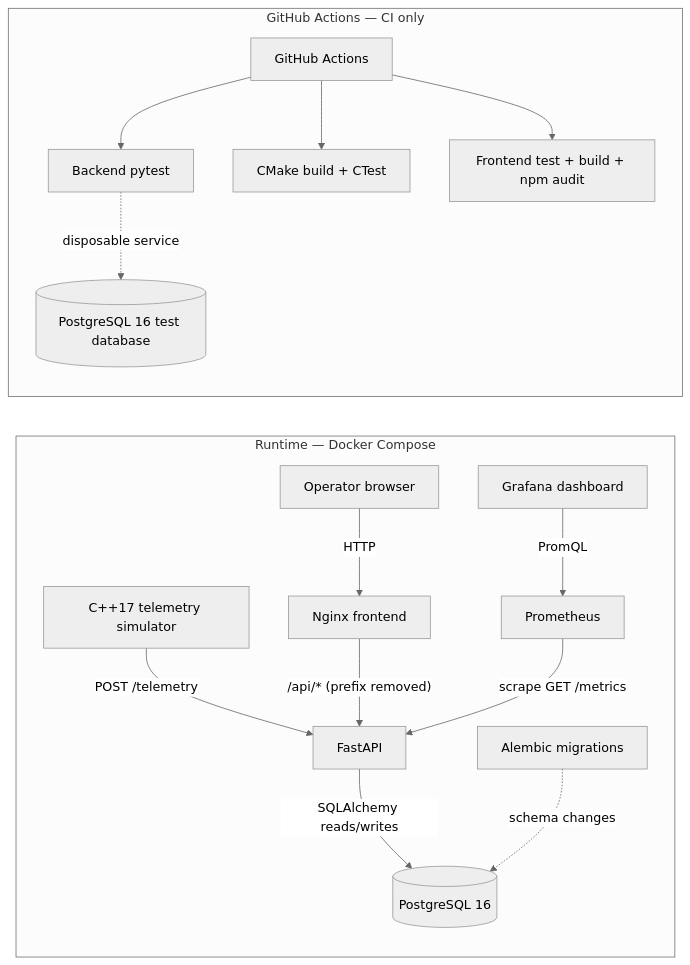
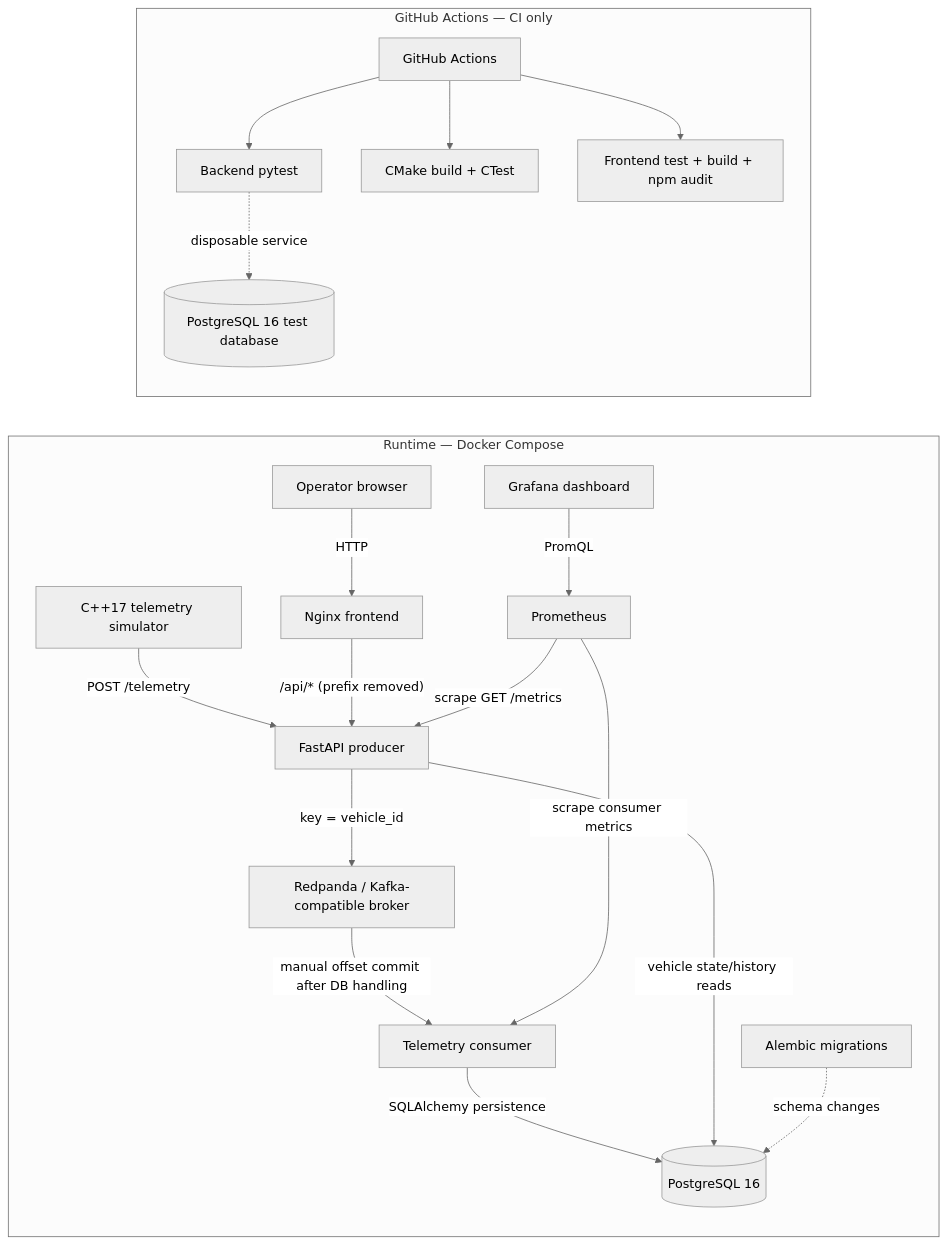
Before and after one commit to KrishanMaheswaran/waypoint: the diagram in README.md, drawn with Mermaid (neutral theme). The commit also changed other lines of this file and 25 other files, not shown here.

Commit message:
Add Kafka-backed asynchronous telemetry ingestion

````diff
--- a/README.md
+++ b/README.md
@@ -21,19 +22,23 @@
 ```mermaid
 flowchart LR
   subgraph Runtime["Runtime — Docker Compose"]
-    Simulator["C++17 telemetry simulator"] -->|"POST /telemetry"| API["FastAPI"]
+    Simulator["C++17 telemetry simulator"] -->|"POST /telemetry"| API["FastAPI producer"]
+    API -->|"key = vehicle_id"| Broker["Redpanda / Kafka-compatible broker"]
+    Broker -->|"manual offset commit after DB handling"| Consumer["Telemetry consumer"]
+    Consumer -->|"SQLAlchemy persistence"| PostgreSQL[("PostgreSQL 16")]
     Browser["Operator browser"] -->|"HTTP"| Nginx["Nginx frontend"]
     Nginx -->|"/api/* (prefix removed)"| API
-    API -->|"SQLAlchemy reads/writes"| PostgreSQL[("PostgreSQL 16")]
+    API -->|"vehicle state/history reads"| PostgreSQL
     Alembic["Alembic migrations"] -.->|"schema changes"| PostgreSQL
     Prometheus["Prometheus"] -->|"scrape GET /metrics"| API
+    Prometheus -->|"scrape consumer metrics"| Consumer
     Grafana["Grafana dashboard"] -->|"PromQL"| Prometheus
   end
 
   subgraph CI["GitHub Actions — CI only"]
     Actions["GitHub Actions"] --> BackendTests["Backend pytest"]
     Actions --> SimulatorTests["CMake build + CTest"]
     Actions --> FrontendTests["Frontend test + build + npm audit"]
     BackendTests -.->|"disposable service"| TestPostgreSQL[("PostgreSQL 16 test database")]
   end
 ```
````
